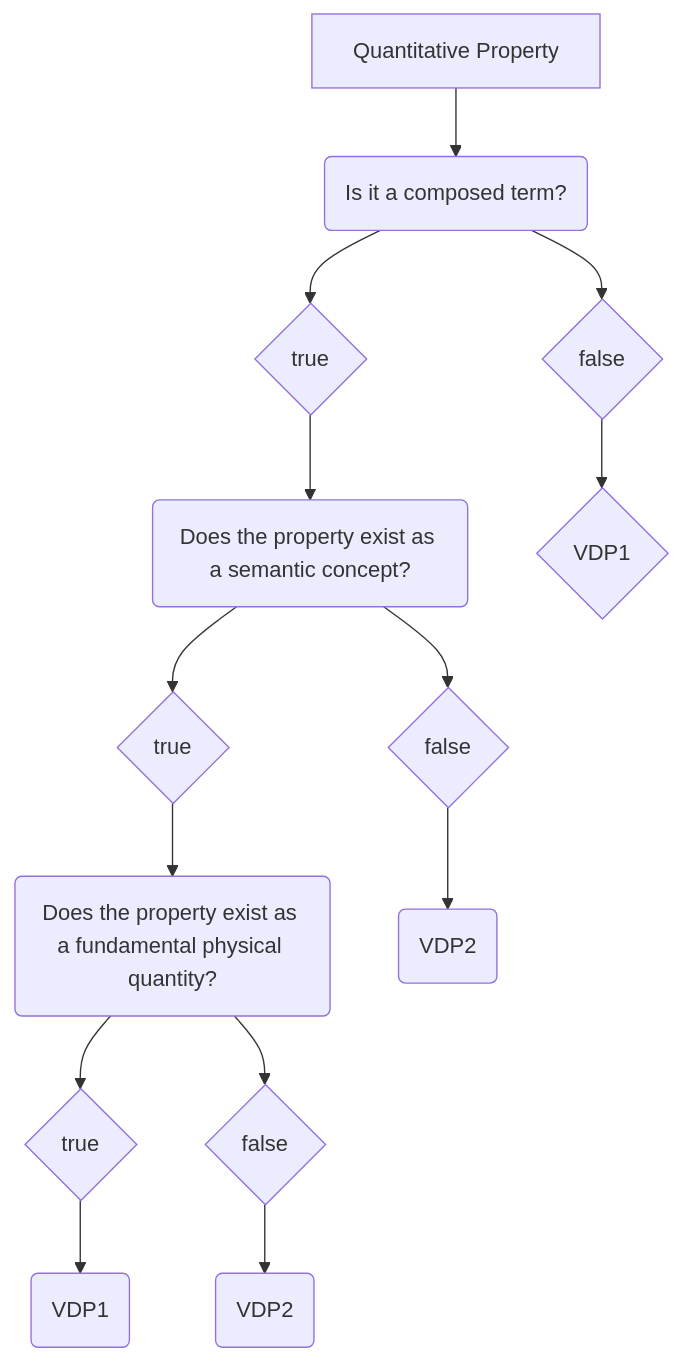
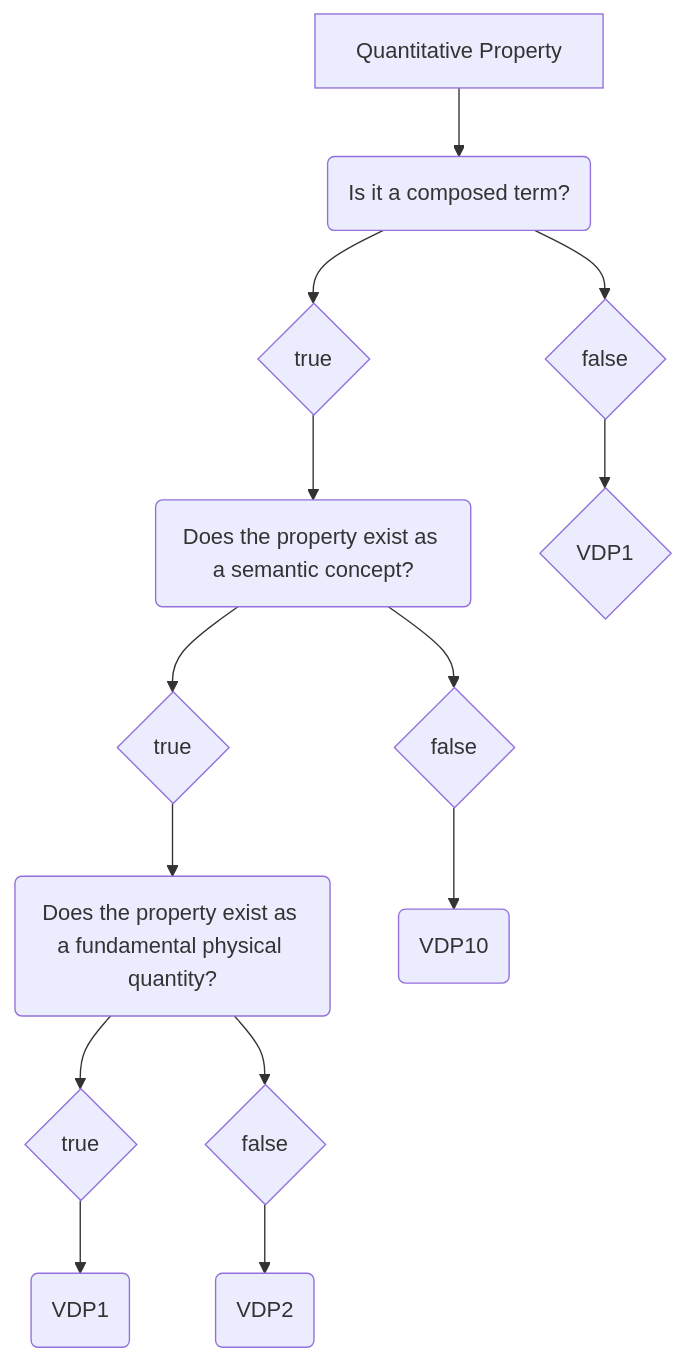
One commit to mabablue/I-ADOPT-patterns-playground changed the diagram in Decisition_trees/DT1.mmd. Above: the diagram before and after it, drawn with Mermaid.

```diff
--- a/Decisition_trees/DT1.mmd
+++ b/Decisition_trees/DT1.mmd
@@ -1,14 +1,14 @@
 flowchart TD
     A[Quantitative Property] --> B(Is it a composed term?)
     B --> C{true}
     B --> D{false}
     C --> E(Does the property exist as a semantic concept?) 
     E --> F{true}
     E --> G{false}
     F --> H(Does the property exist as a fundamental physical quantity?)
     D --> I{VDP1} 
-    G --> J(VDP2)
+    G --> J(VDP10)
     H --> L{true}
     L --> M(VDP1)
     H --> N{false}
     N --> O(VDP2)
```
